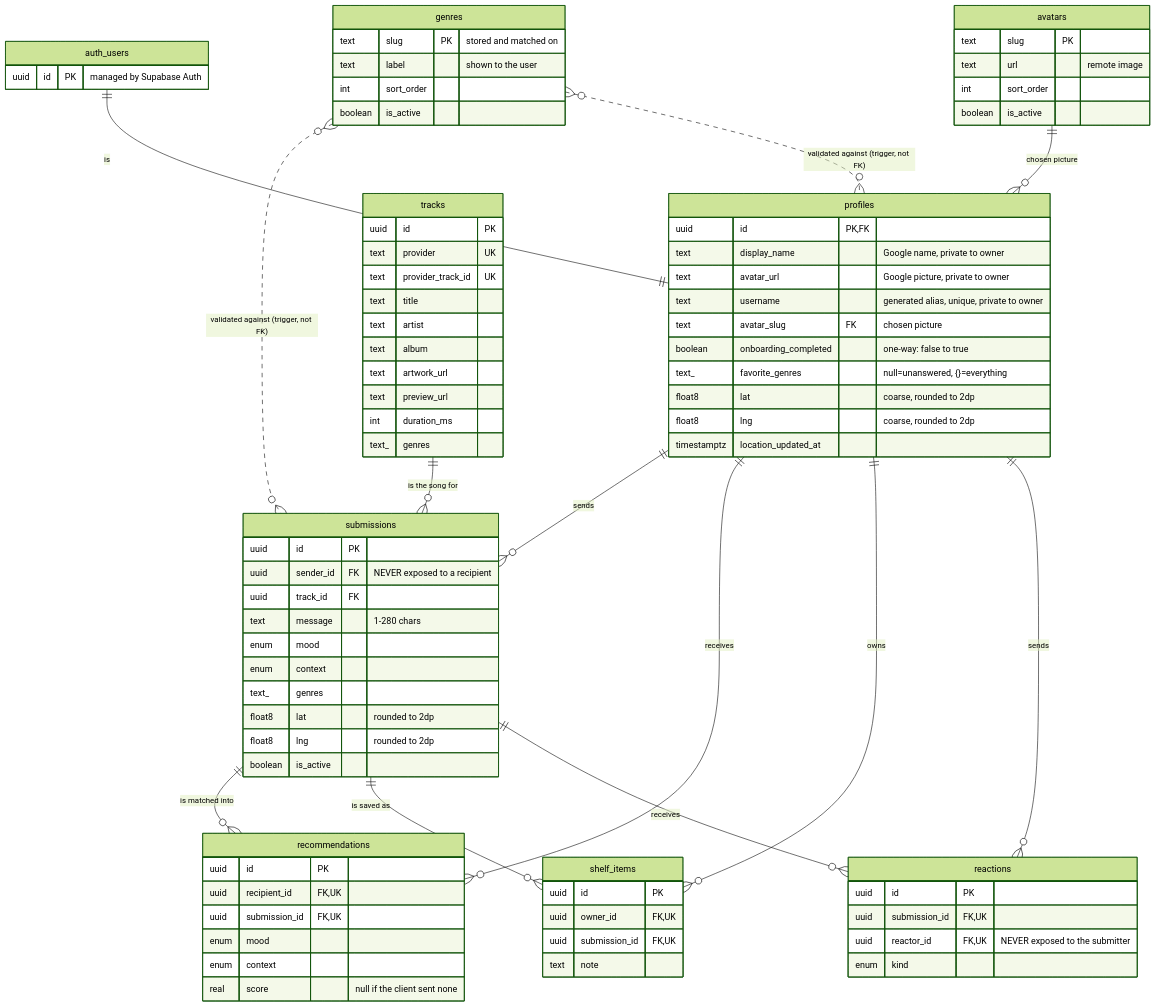
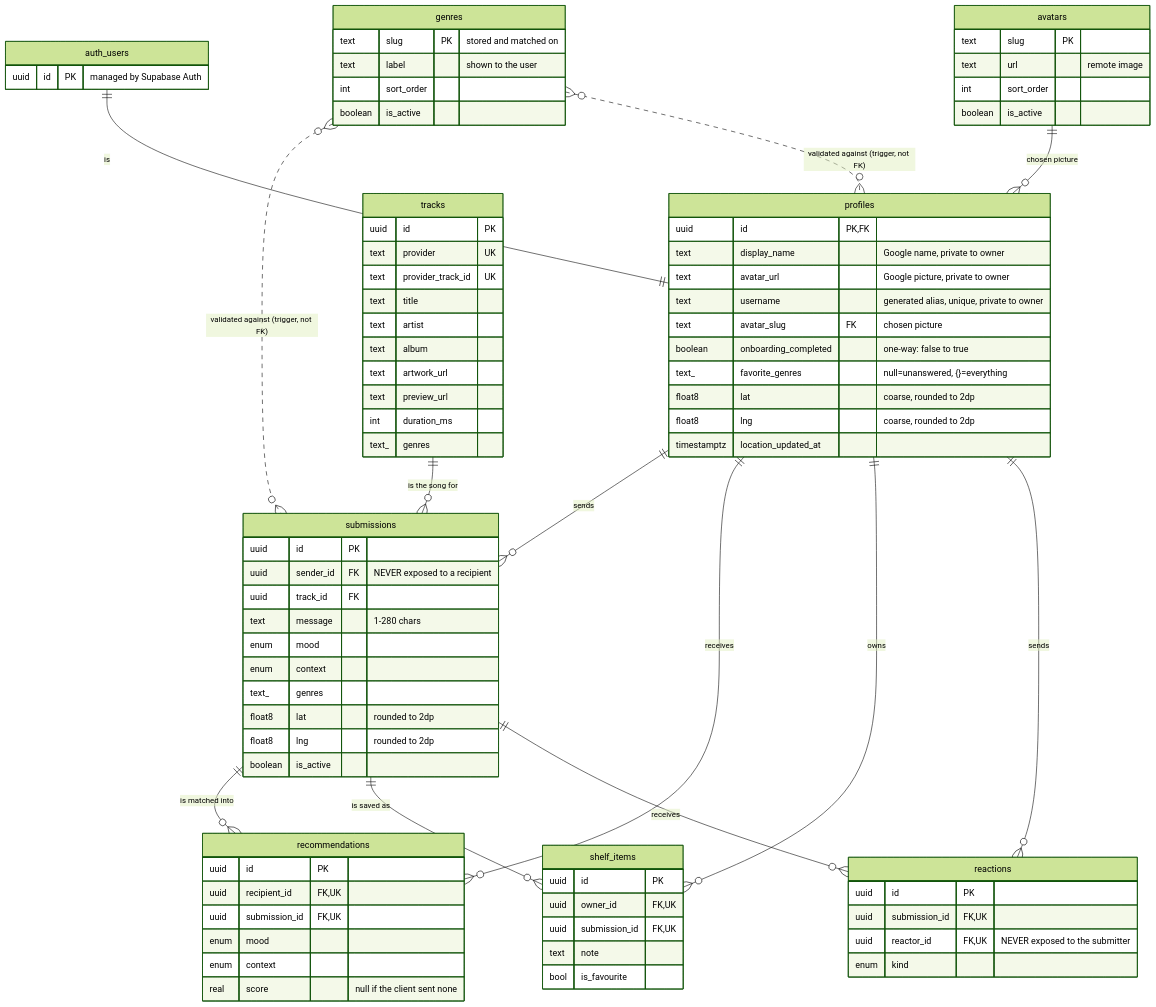
Before and after one commit to killlel/comp90018: the diagram in docs/database.md, drawn with Mermaid (forest theme). The commit also changed other lines of this file and 25 other files, not shown here.

```diff
--- a/docs/database.md
+++ b/docs/database.md
@@ -135,6 +136,7 @@
         uuid owner_id      FK,UK
         uuid submission_id FK,UK
         text note
+        bool is_favourite
     }
     reactions {
         uuid id            PK
```
